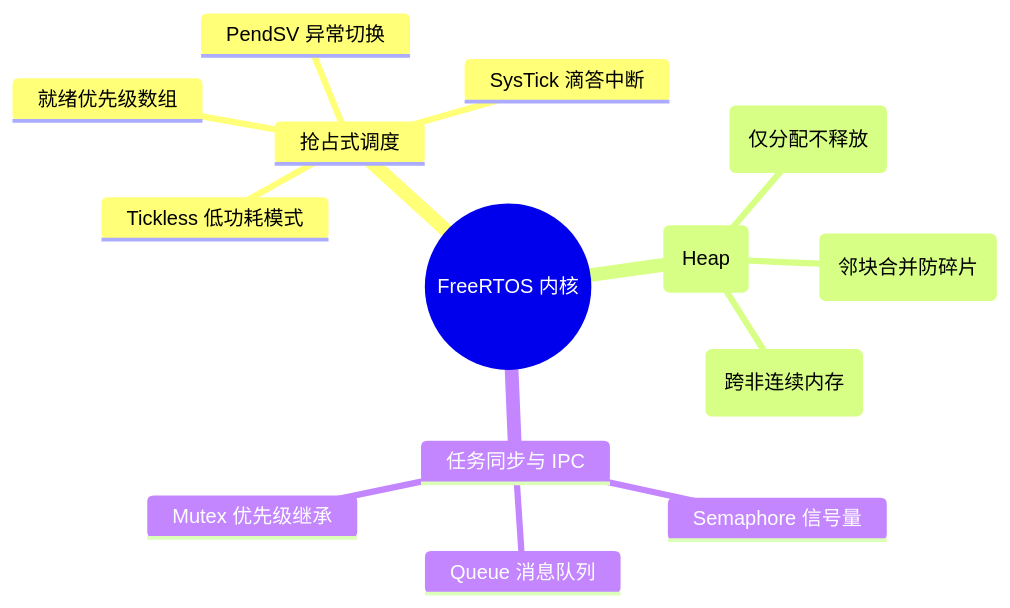
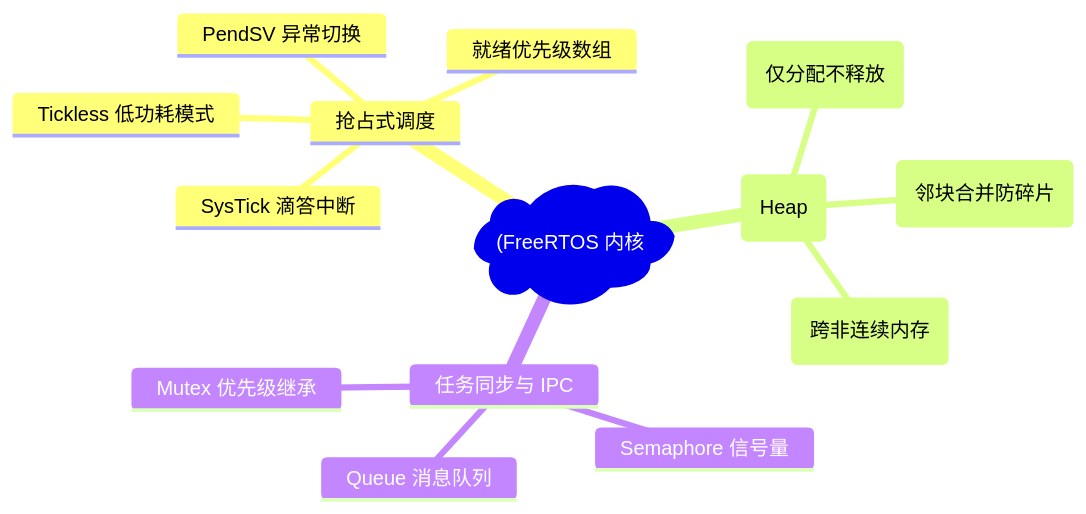
The second of 8 diagrams in docs/atlas/freertos.mdx (koosai/AI-Architect-Learning), drawn with Mermaid before and after one commit. The commit also changed 187 other files, not shown here.

Commit message:
fix(mermaid): fix all unquoted parens and edge label syntax errors across all docs

````diff
--- a/docs/atlas/freertos.mdx
+++ b/docs/atlas/freertos.mdx
@@ -73,17 +73,17 @@
 ```mermaid
 mindmap
-  root((FreeRTOS 内核))
+  root("(FreeRTOS 内核"))
     抢占式调度
       就绪优先级数组
       SysTick 滴答中断
       PendSV 异常切换
       Tickless 低功耗模式
     内存管理 (Heap)
       heap_1 (仅分配不释放)
       heap_4 (邻块合并防碎片)
       heap_5 (跨非连续内存)
     任务同步与 IPC
       Queue 消息队列
       Semaphore 信号量
       Mutex 优先级继承
 ```
````
